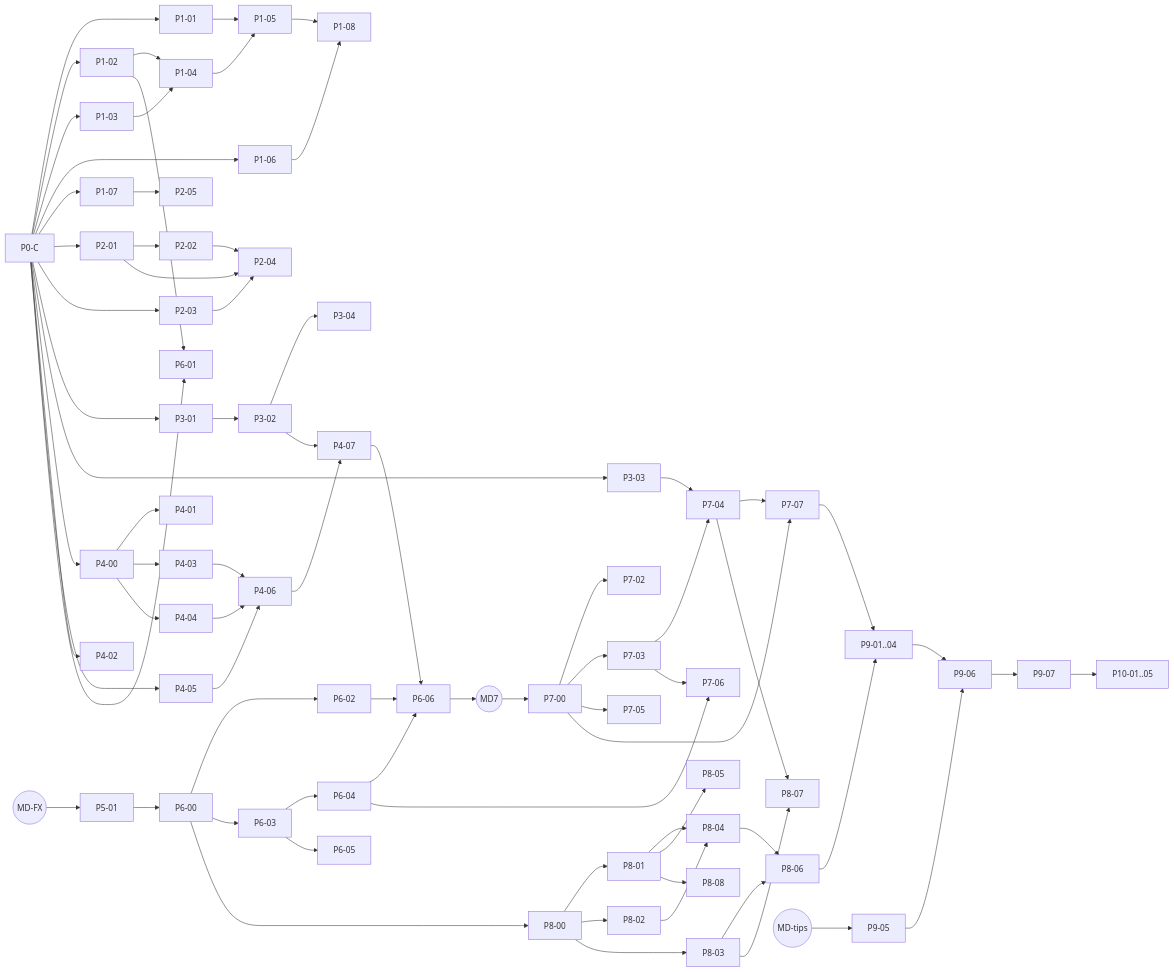
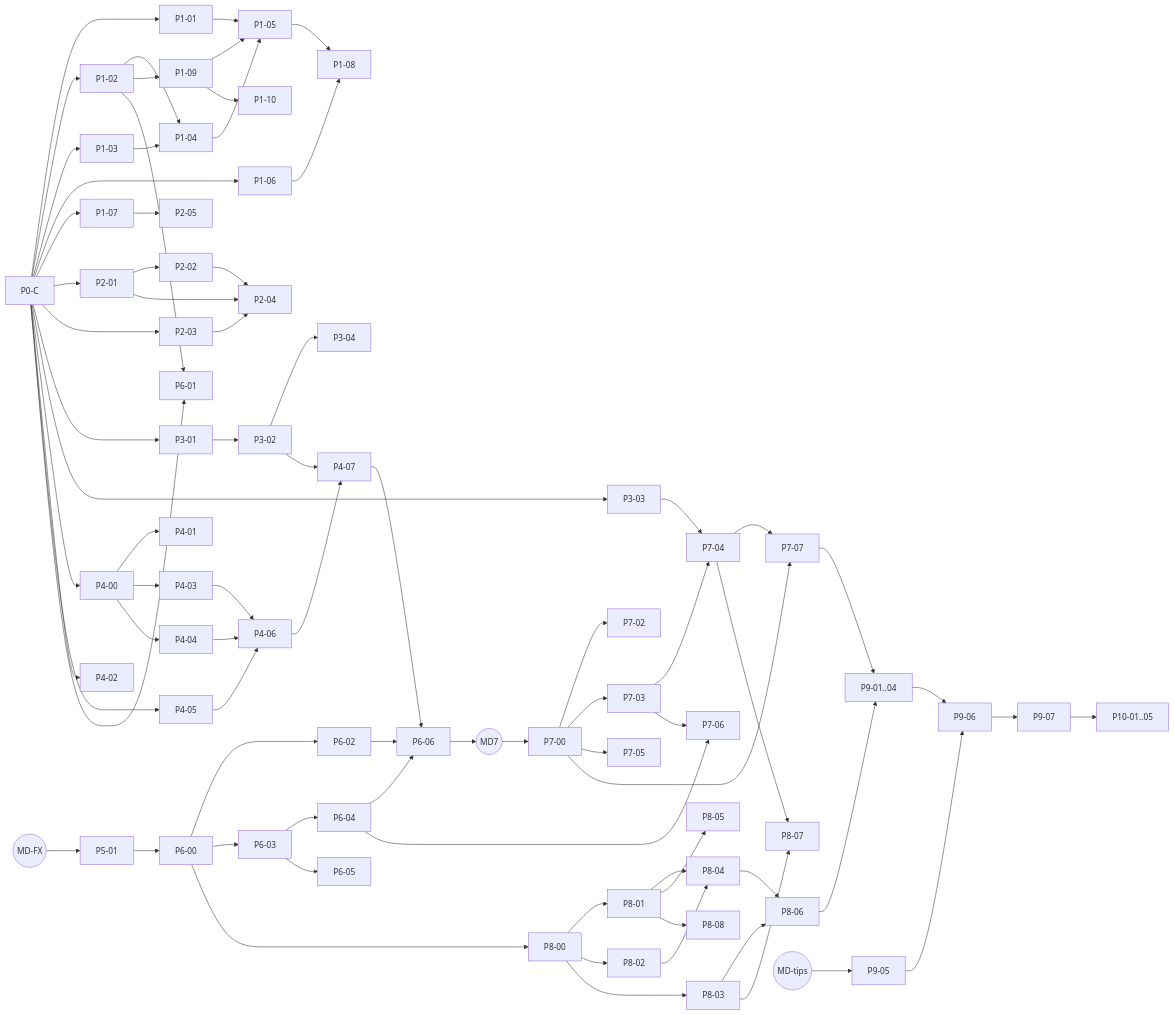
The diagram in docs/roadmap.md (joacominatel/mito), drawn with Mermaid before and after one commit. The commit also changed other lines of this file, not shown here.

````diff
--- a/docs/roadmap.md
+++ b/docs/roadmap.md
@@ -50,56 +50,59 @@
 ```mermaid
 graph LR
   P0C[P0-C] --> P101[P1-01] & P102[P1-02] & P103[P1-03] & P106[P1-06] & P107[P1-07]
   P0C --> P201[P2-01] & P203[P2-03] & P301[P3-01] & P303[P3-03]
   P0C --> P400[P4-00] & P402[P4-02] & P405[P4-05] & P601[P6-01]
   P102 --> P104[P1-04]
+  P102 --> P109[P1-09]
+  P109 --> P105
+  P109 --> P110[P1-10]
   P102 --> P601
   P103 --> P104
   P101 --> P105[P1-05]
   P104 --> P105
   P105 --> P108[P1-08]
   P106 --> P108
   P107 --> P205[P2-05]
   P201 --> P202[P2-02]
   P201 --> P204[P2-04]
   P202 --> P204
   P203 --> P204
   P301 --> P302[P3-02]
   P302 --> P304[P3-04]
   P400 --> P401[P4-01] & P403[P4-03] & P404[P4-04]
   P403 --> P406[P4-06]
   P404 --> P406
   P405 --> P406
   P406 --> P407[P4-07]
   P302 --> P407
   MDFX((MD-FX)) --> P501[P5-01]
   P501 --> P600[P6-00]
   P600 --> P602[P6-02] & P603[P6-03] & P800[P8-00]
   P603 --> P604[P6-04] & P605[P6-05]
   P602 --> P606[P6-06]
   P604 --> P606
   P407 --> P606
   P606 --> MD7((MD7))
   MD7 --> P700[P7-00]
   P700 --> P702[P7-02] & P703[P7-03] & P705[P7-05]
   P703 --> P704[P7-04]
   P303 --> P704
   P703 --> P706[P7-06]
   P604 --> P706
   P700 --> P707[P7-07]
   P704 --> P707
   P800 --> P801[P8-01] & P802[P8-02] & P803[P8-03]
   P801 --> P804[P8-04] & P805[P8-05] & P808[P8-08]
   P802 --> P804
   P804 --> P806[P8-06]
   P803 --> P806
   P704 --> P807[P8-07]
   P803 --> P807
   P707 --> P9X[P9-01..04]
   P806 --> P9X
   MDT((MD-tips)) --> P905[P9-05]
   P9X --> P906[P9-06]
   P905 --> P906
   P906 --> P907[P9-07]
   P907 --> P10[P10-01..05]
 ```
````
